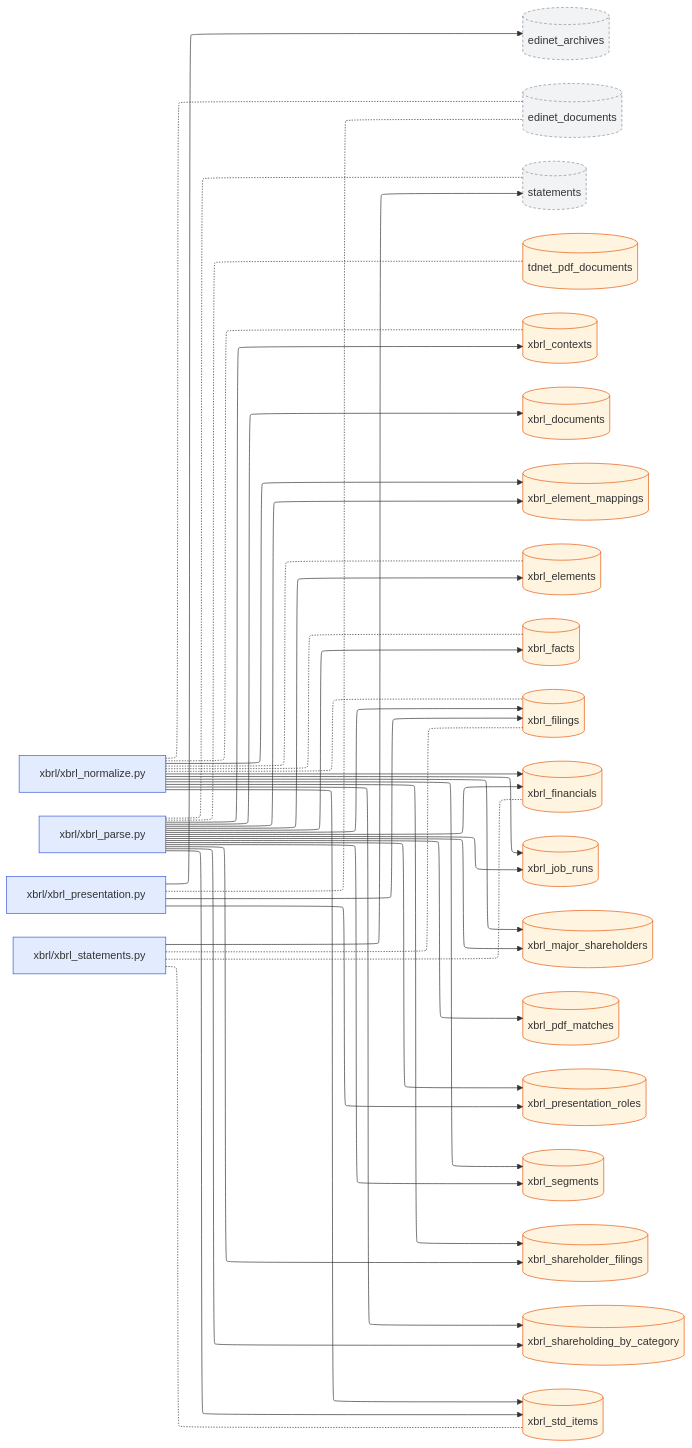
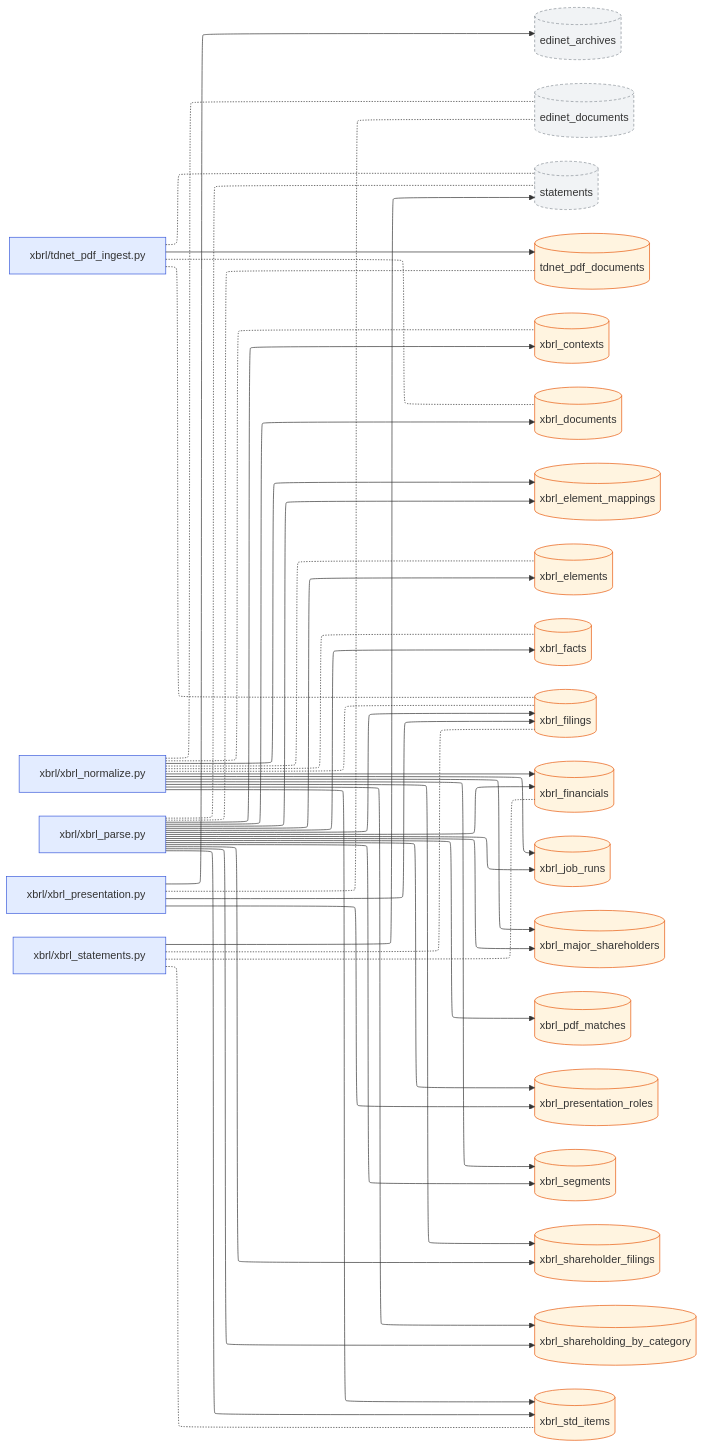
One commit to pekumirui/stock-analyzer changed the first of 2 diagrams in docs/dataflow/xbrl.md. Above: the diagram before and after it, drawn with Mermaid. The commit also changed other lines of this file and 31 other files, not shown here.

````diff
--- a/docs/dataflow/xbrl.md
+++ b/docs/dataflow/xbrl.md
@@ -9,72 +9,77 @@
 ```mermaid
 ---
 config:
   layout: elk
 ---
 flowchart LR
-  n0["xbrl/xbrl_normalize.py"]:::job
-  n1["xbrl/xbrl_parse.py"]:::job
-  n2["xbrl/xbrl_presentation.py"]:::job
-  n3["xbrl/xbrl_statements.py"]:::job
-  n4[("edinet_archives")]:::ext
-  n5[("edinet_documents")]:::ext
-  n6[("statements")]:::ext
-  n7[("tdnet_pdf_documents")]:::tbl
-  n8[("xbrl_contexts")]:::tbl
-  n9[("xbrl_documents")]:::tbl
-  n10[("xbrl_element_mappings")]:::tbl
-  n11[("xbrl_elements")]:::tbl
-  n12[("xbrl_facts")]:::tbl
-  n13[("xbrl_filings")]:::tbl
-  n14[("xbrl_financials")]:::tbl
-  n15[("xbrl_job_runs")]:::tbl
-  n16[("xbrl_major_shareholders")]:::tbl
-  n17[("xbrl_pdf_matches")]:::tbl
-  n18[("xbrl_presentation_roles")]:::tbl
-  n19[("xbrl_segments")]:::tbl
-  n20[("xbrl_shareholder_filings")]:::tbl
-  n21[("xbrl_shareholding_by_category")]:::tbl
-  n22[("xbrl_std_items")]:::tbl
-  n0 -.- n5
-  n0 -.- n8
-  n0 --> n10
-  n0 -.- n11
-  n0 -.- n12
-  n0 -.- n13
-  n0 --> n14
-  n0 --> n15
-  n0 --> n16
-  n0 --> n19
-  n0 --> n20
-  n0 --> n21
-  n0 --> n22
+  n0["xbrl/tdnet_pdf_ingest.py"]:::job
+  n1["xbrl/xbrl_normalize.py"]:::job
+  n2["xbrl/xbrl_parse.py"]:::job
+  n3["xbrl/xbrl_presentation.py"]:::job
+  n4["xbrl/xbrl_statements.py"]:::job
+  n5[("edinet_archives")]:::ext
+  n6[("edinet_documents")]:::ext
+  n7[("statements")]:::ext
+  n8[("tdnet_pdf_documents")]:::tbl
+  n9[("xbrl_contexts")]:::tbl
+  n10[("xbrl_documents")]:::tbl
+  n11[("xbrl_element_mappings")]:::tbl
+  n12[("xbrl_elements")]:::tbl
+  n13[("xbrl_facts")]:::tbl
+  n14[("xbrl_filings")]:::tbl
+  n15[("xbrl_financials")]:::tbl
+  n16[("xbrl_job_runs")]:::tbl
+  n17[("xbrl_major_shareholders")]:::tbl
+  n18[("xbrl_pdf_matches")]:::tbl
+  n19[("xbrl_presentation_roles")]:::tbl
+  n20[("xbrl_segments")]:::tbl
+  n21[("xbrl_shareholder_filings")]:::tbl
+  n22[("xbrl_shareholding_by_category")]:::tbl
+  n23[("xbrl_std_items")]:::tbl
+  n0 -.- n7
+  n0 --> n8
+  n0 -.- n10
+  n0 -.- n14
   n1 -.- n6
-  n1 -.- n7
-  n1 --> n8
-  n1 --> n9
-  n1 --> n10
+  n1 -.- n9
   n1 --> n11
-  n1 --> n12
-  n1 --> n13
-  n1 --> n14
+  n1 -.- n12
+  n1 -.- n13
+  n1 -.- n14
   n1 --> n15
   n1 --> n16
   n1 --> n17
-  n1 --> n18
-  n1 --> n19
   n1 --> n20
   n1 --> n21
   n1 --> n22
-  n2 --> n4
-  n2 -.- n5
+  n1 --> n23
+  n2 -.- n7
+  n2 -.- n8
+  n2 --> n9
+  n2 --> n10
+  n2 --> n11
+  n2 --> n12
   n2 --> n13
+  n2 --> n14
+  n2 --> n15
+  n2 --> n16
+  n2 --> n17
   n2 --> n18
-  n3 --> n6
-  n3 -.- n13
-  n3 -.- n14
-  n3 -.- n22
+  n2 --> n19
+  n2 --> n20
+  n2 --> n21
+  n2 --> n22
+  n2 --> n23
+  n3 --> n5
+  n3 -.- n6
+  n3 --> n14
+  n3 --> n19
+  n4 --> n7
+  n4 -.- n14
+  n4 -.- n15
+  n4 -.- n23
   classDef job fill:#e3ecff,stroke:#3b5bdb
   classDef api fill:#e6f7ec,stroke:#2b8a3e
   classDef tbl fill:#fff4e0,stroke:#e8590c
   classDef ext fill:#f1f3f5,stroke:#868e96,stroke-dasharray:4 3
 ```
````
